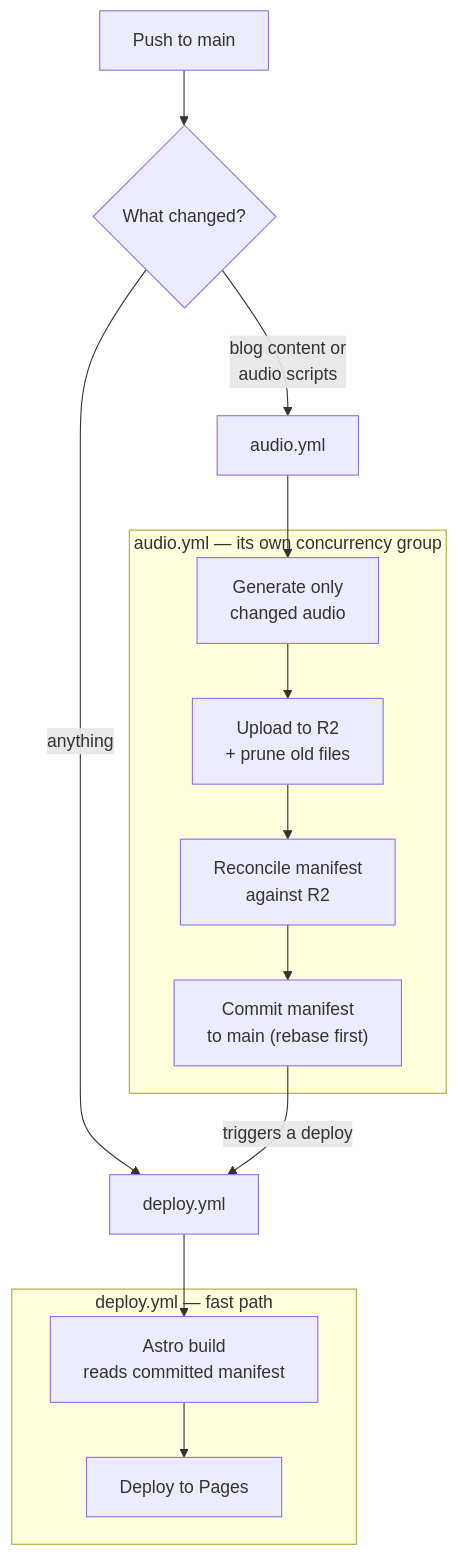
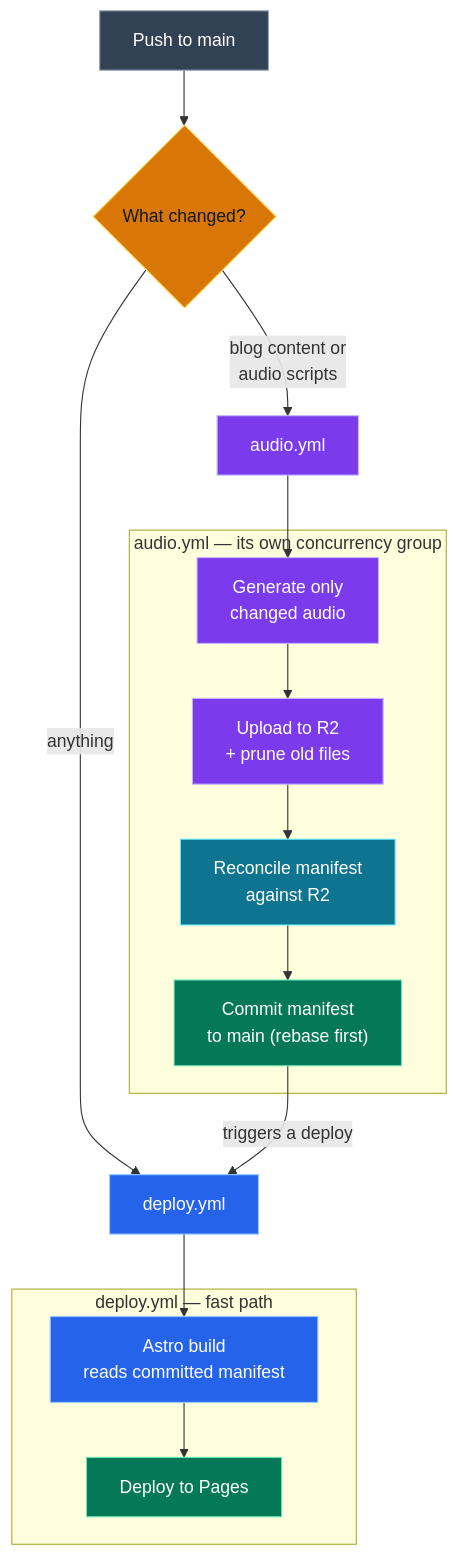
The sixth of 7 diagrams in src/content/blog/blog-audio-player.md (g-savitha/gsavitha.in), drawn with Mermaid before and after one commit. The commit also changed other lines of this file and 6 other files, not shown here.

Commit message:
Mermaid: restore the original hand-picked palette (AA nudges, rose instead of bright red)

````diff
--- a/src/content/blog/blog-audio-player.md
+++ b/src/content/blog/blog-audio-player.md
@@ -355,23 +386,30 @@
 ```mermaid
 flowchart TD
     PUSH["Push to main"]:::content --> Q{"What changed?"}:::warning
     Q -->|"blog content or\naudio scripts"| AUDIO["audio.yml"]:::accent
     Q -->|"anything"| DEPLOY["deploy.yml"]:::primary
 
     subgraph AudioJob["audio.yml — its own concurrency group"]
         GEN["Generate only\nchanged audio"]:::accent
         UP["Upload to R2\n+ prune old files"]:::accent
         REC["Reconcile manifest\nagainst R2"]:::info
         COMMIT["Commit manifest\nto main (rebase first)"]:::success
     end
 
     AUDIO --> GEN --> UP --> REC --> COMMIT
     COMMIT -->|"triggers a deploy"| DEPLOY
 
     subgraph DeployJob["deploy.yml — fast path"]
         BUILD["Astro build\nreads committed manifest"]:::primary
         PAGES["Deploy to Pages"]:::success
     end
 
     DEPLOY --> BUILD --> PAGES
+
+    classDef primary fill:#2563eb,stroke:#93c5fd,color:#ffffff
+    classDef accent fill:#7c3aed,stroke:#c4b5fd,color:#ffffff
+    classDef success fill:#047857,stroke:#6ee7b7,color:#ffffff
+    classDef warning fill:#d97706,stroke:#fcd34d,color:#111827
+    classDef info fill:#0e7490,stroke:#67e8f9,color:#ffffff
+    classDef content fill:#334155,stroke:#94a3b8,color:#ffffff
 ```
````
